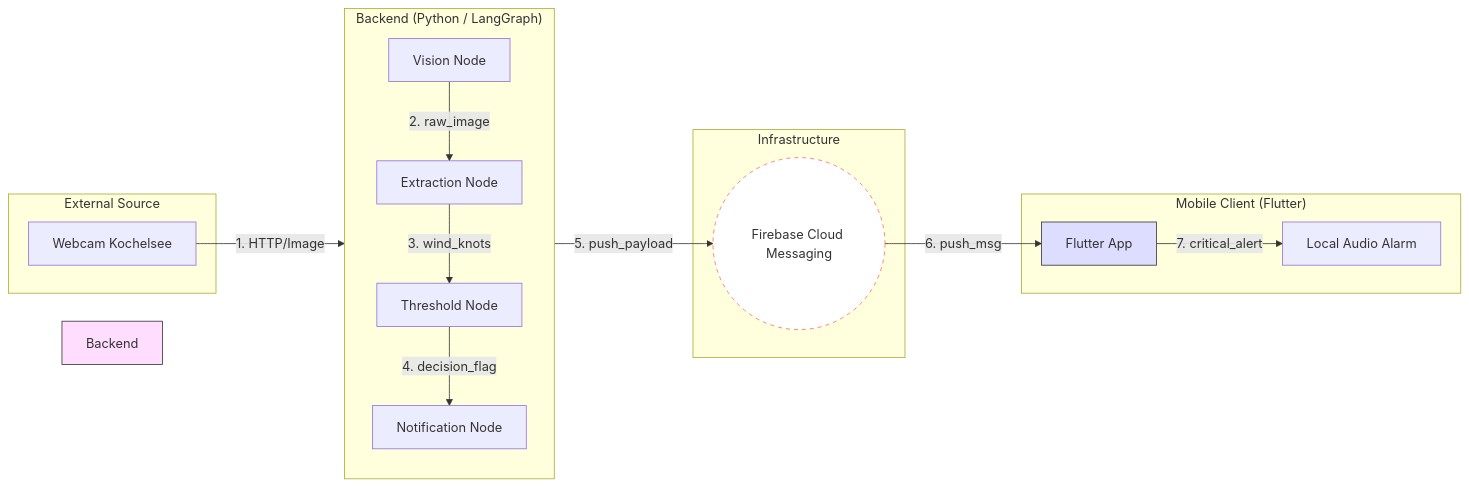
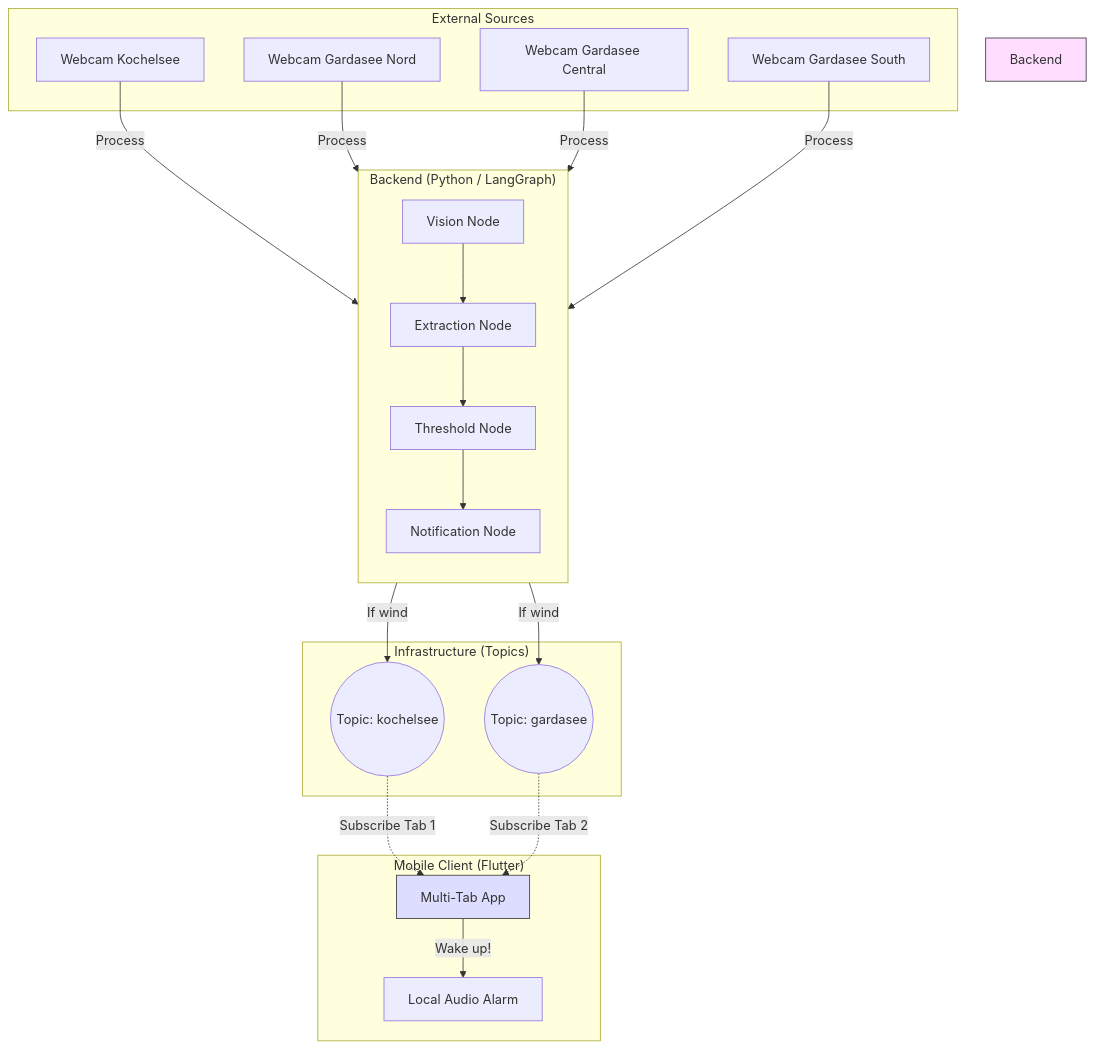
One commit to dominikvoss95/wind-alarm-agent changed the diagram in README.md. Above: the diagram before and after it, drawn with Mermaid. The commit also changed other lines of this file and 17 other files, not shown here.

Commit message:
fix: migrate flutter app to use realtime firestore data stream

````diff
--- a/README.md
+++ b/README.md
@@ -13,38 +13,48 @@
 ```mermaid
-graph LR
+graph TD
     %% Komponentendefinitionen
-    subgraph "External Source"
-        W[Webcam Kochelsee]
+    subgraph "External Sources"
+        W1[Webcam Kochelsee]
+        W2[Webcam Gardasee Nord]
+        W3[Webcam Gardasee Central]
+        W4[Webcam Gardasee South]
     end
 
     subgraph "Backend (Python / LangGraph)"
         direction TB
         P[Vision Node]
         O[Extraction Node]
         L[Threshold Node]
         F[Notification Node]
     end
 
-    subgraph "Infrastructure"
-        FCM((Firebase Cloud Messaging))
+    subgraph "Infrastructure (Topics)"
+        FCM1((Topic: kochelsee))
+        FCM2((Topic: gardasee))
     end
 
     subgraph "Mobile Client (Flutter)"
-        App[Flutter App]
+        App[Multi-Tab App]
         S[Local Audio Alarm]
     end
 
-    %% Datenfluss mit Beschriftung
-    W -- "1. HTTP/Image" --> P
-    P -- "2. raw_image" --> O
-    O -- "3. wind_knots" --> L
-    L -- "4. decision_flag" --> F
-    F -- "5. push_payload" --> FCM
-    FCM -- "6. push_msg" --> App
-    App -- "7. critical_alert" --> S
+    %% Datenfluss
+    W1 -- "Process" --> P
+    W2 -- "Process" --> P
+    W3 -- "Process" --> P
+    W4 -- "Process" --> P
+    
+    P --> O --> L --> F
+    
+    F -- "If wind" --> FCM1
+    F -- "If wind" --> FCM2
+    
+    FCM1 -. "Subscribe Tab 1" .-> App
+    FCM2 -. "Subscribe Tab 2" .-> App
+    
+    App -- "Wake up!" --> S
 
     %% Styling
-    style Backend fill:#fdf,stroke:#333,stroke-width:1px
-    style App fill:#ddf,stroke:#333,stroke-width:1px
-    style FCM fill:#fff,stroke:#f66,stroke-dasharray: 5 5
+    style Backend fill:#fdf,stroke:#333
+    style App fill:#ddf,stroke:#333
 ```
````
